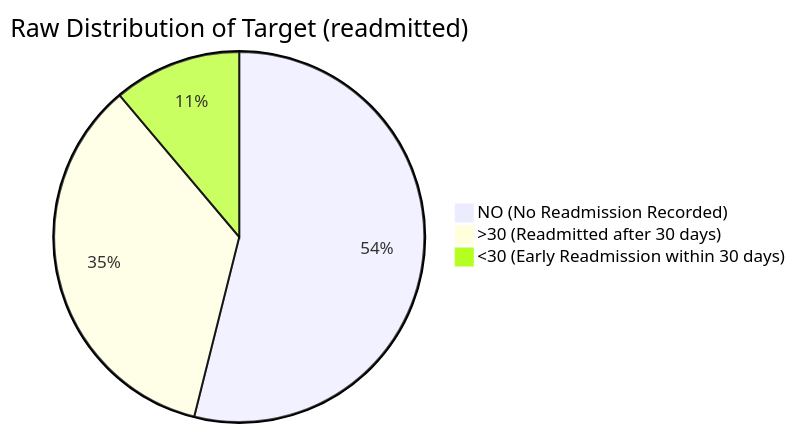
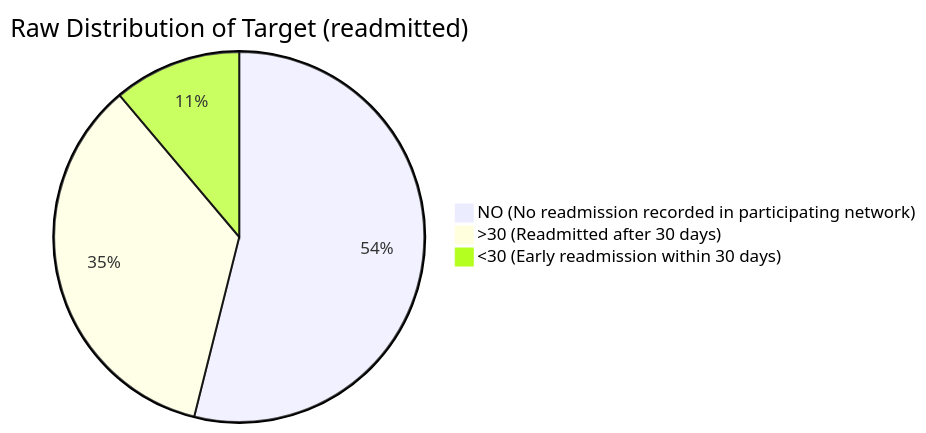
Before and after one commit to Dr-Venom29/FusionMedAI: the diagram in research/clinical/Volume_01_Dataset_Audit/04_target_definition.md, drawn with Mermaid. The commit also changed other lines of this file and 25 other files, not shown here.

````diff
--- a/research/clinical/Volume_01_Dataset_Audit/04_target_definition.md
+++ b/research/clinical/Volume_01_Dataset_Audit/04_target_definition.md
@@ -7,6 +7,6 @@
 ```mermaid
 pie title Raw Distribution of Target (readmitted)
-    "NO (No Readmission Recorded)" : 54864
+    "NO (No readmission recorded in participating network)" : 54864
     ">30 (Readmitted after 30 days)" : 35545
-    "<30 (Early Readmission within 30 days)" : 11357
+    "<30 (Early readmission within 30 days)" : 11357
 ```
````
